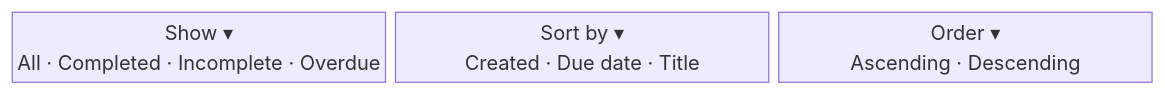
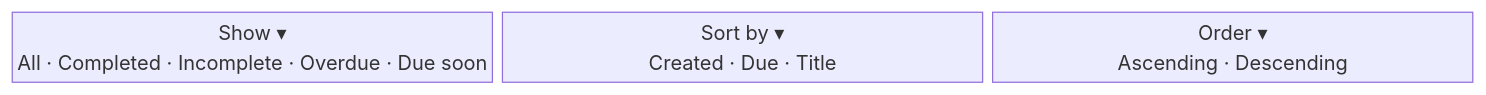
One commit to charlesmalo/FociToDo changed the sixth of 13 diagrams in docs/ui.md. Above: the diagram before and after it, drawn with Mermaid. The commit also changed other lines of this file and 20 other files, not shown here.

````diff
--- a/docs/ui.md
+++ b/docs/ui.md
@@ -109,7 +110,7 @@
 ```mermaid
 block-beta
   columns 3
-  show["Show ▾<br/>All · Completed · Incomplete · Overdue"]
-  sort["Sort by ▾<br/>Created · Due date · Title"]
+  show["Show ▾<br/>All · Completed · Incomplete · Overdue · Due soon"]
+  sort["Sort by ▾<br/>Created · Due · Title"]
   order["Order ▾<br/>Ascending · Descending"]
 ```
````
